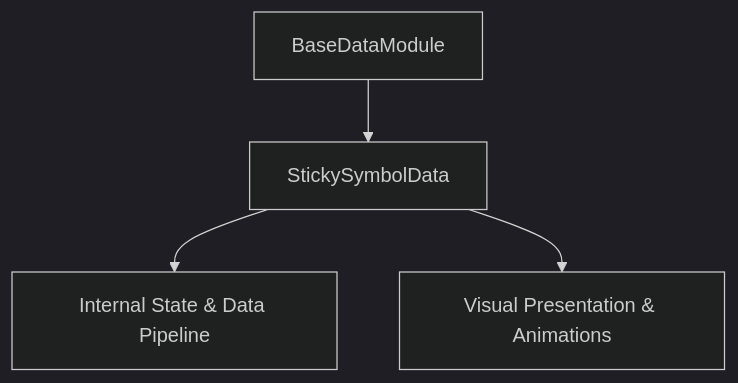
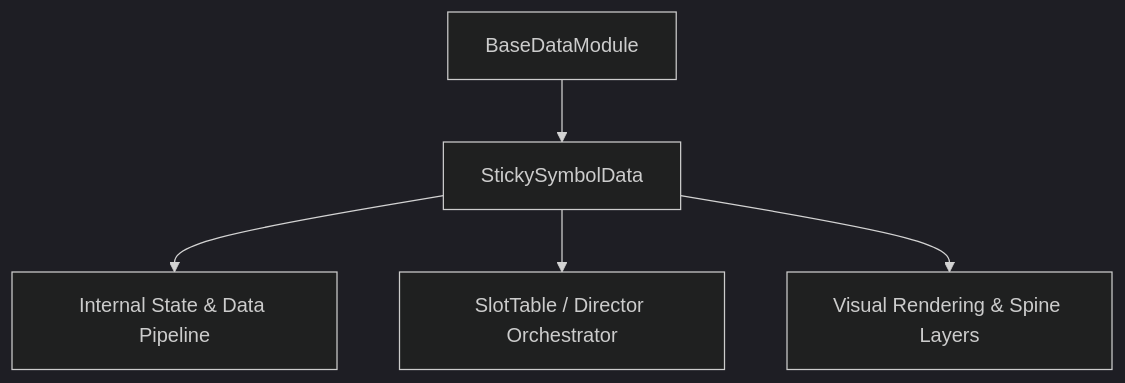
Before and after one commit to lam-ark/mcp-fwcc: the diagram in docs/cc_slot_mechanics/modules/StickySymbolData/01_overview/01_architecture_and_role.md, drawn with Mermaid (dark theme). The commit also changed other lines of this file and 2509 other files, not shown here.

````diff
--- a/docs/cc_slot_mechanics/modules/StickySymbolData/01_overview/01_architecture_and_role.md
+++ b/docs/cc_slot_mechanics/modules/StickySymbolData/01_overview/01_architecture_and_role.md
@@ -18,6 +24,7 @@
 ```mermaid
 graph TD
-    Parent[BaseDataModule] --> Mod[StickySymbolData]
-    Mod --> State[Internal State & Data Pipeline]
-    Mod --> Render[Visual Presentation & Animations]
+    SuperClass[BaseDataModule] --> TargetClass[StickySymbolData]
+    TargetClass --> DataPipeline[Internal State & Data Pipeline]
+    TargetClass --> Orchestrator[SlotTable / Director Orchestrator]
+    TargetClass --> ViewLayer[Visual Rendering & Spine Layers]
 ```
````
